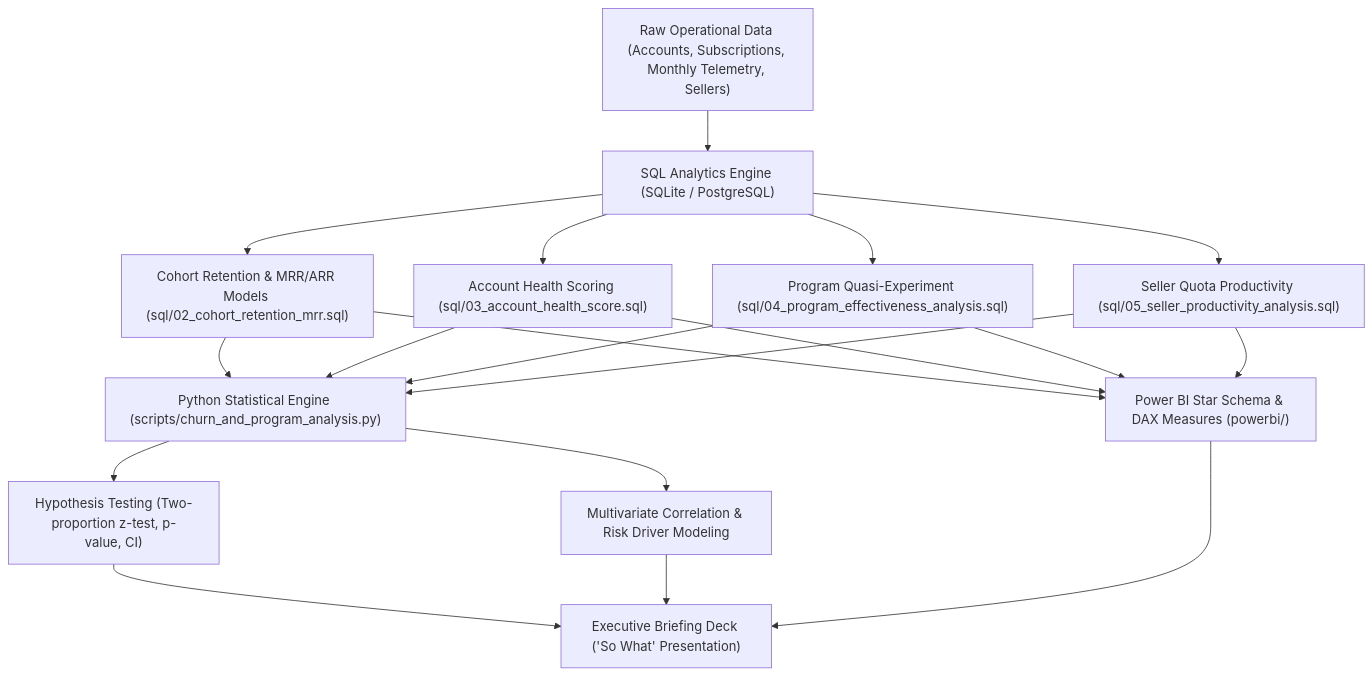
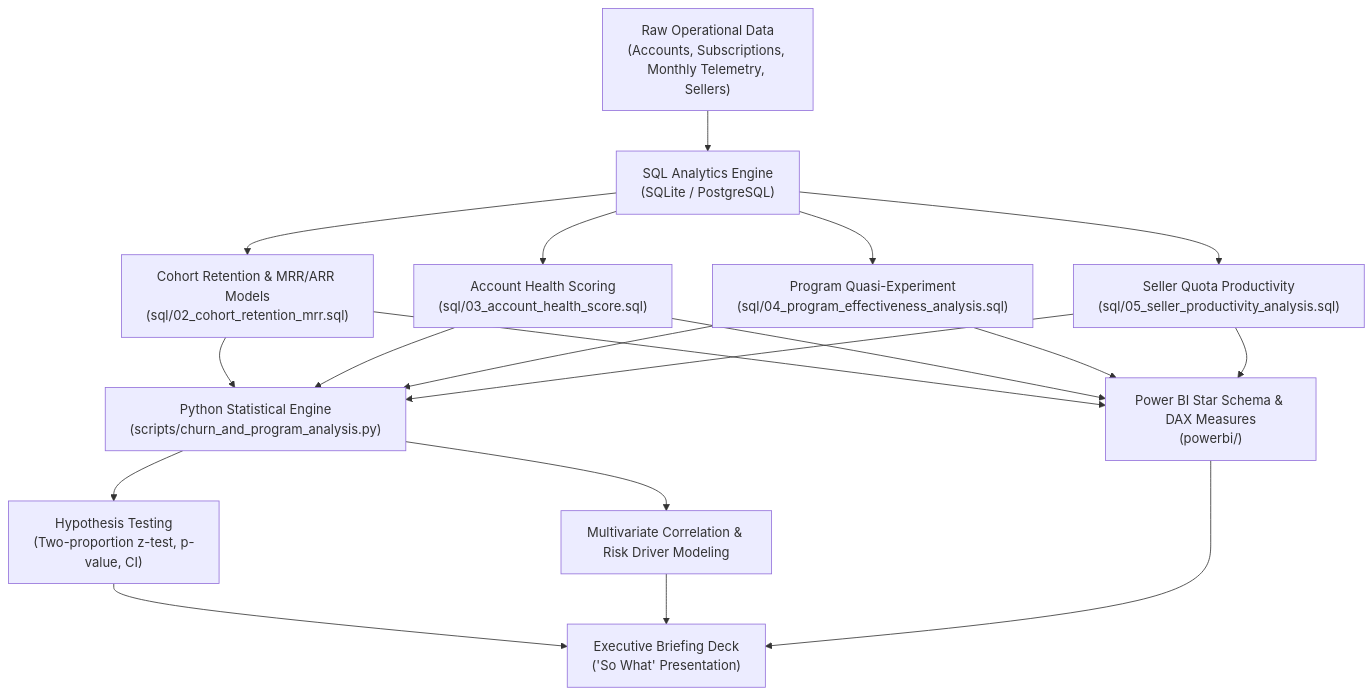
Before and after one commit to nidhijangde09/b2b-client-retention-churn-analysis: the diagram in README.md, drawn with Mermaid. The commit also changed other lines of this file and 8 other files, not shown here.

````diff
--- a/README.md
+++ b/README.md
@@ -40,13 +48,13 @@
 ```mermaid
 flowchart TD
-    A["Raw Operational Data (Accounts, Subscriptions, Monthly Telemetry, Sellers)"] --> B["SQL Analytics Engine (SQLite / PostgreSQL)"]
-    B --> C["Cohort Retention & MRR/ARR Models (sql/02_cohort_retention_mrr.sql)"]
-    B --> D["Account Health Scoring (sql/03_account_health_score.sql)"]
-    B --> E["Program Quasi-Experiment (sql/04_program_effectiveness_analysis.sql)"]
-    B --> F["Seller Quota Productivity (sql/05_seller_productivity_analysis.sql)"]
-    C & D & E & F --> G["Python Statistical Engine (scripts/churn_and_program_analysis.py)"]
-    G --> H["Hypothesis Testing (Two-proportion z-test, p-value, CI)"]
+    A["Raw Operational Data\n(Accounts, Subscriptions, Monthly Telemetry, Sellers)"] --> B["SQL Analytics Engine\n(SQLite / PostgreSQL)"]
+    B --> C["Cohort Retention & MRR/ARR Models\n(sql/02_cohort_retention_mrr.sql)"]
+    B --> D["Account Health Scoring\n(sql/03_account_health_score.sql)"]
+    B --> E["Program Quasi-Experiment\n(sql/04_program_effectiveness_analysis.sql)"]
+    B --> F["Seller Quota Productivity\n(sql/05_seller_productivity_analysis.sql)"]
+    C & D & E & F --> G["Python Statistical Engine\n(scripts/churn_and_program_analysis.py)"]
+    G --> H["Hypothesis Testing\n(Two-proportion z-test, p-value, CI)"]
     G --> I["Multivariate Correlation & Risk Driver Modeling"]
-    C & D & E & F --> J["Power BI Star Schema & DAX Measures (powerbi/)"]
-    H & I & J --> K["Executive Briefing Deck ('So What' Presentation)"]
+    C & D & E & F --> J["Power BI Star Schema & DAX Measures\n(powerbi/)"]
+    H & I & J --> K["Executive Briefing Deck\n('So What' Presentation)"]
 ```
````
